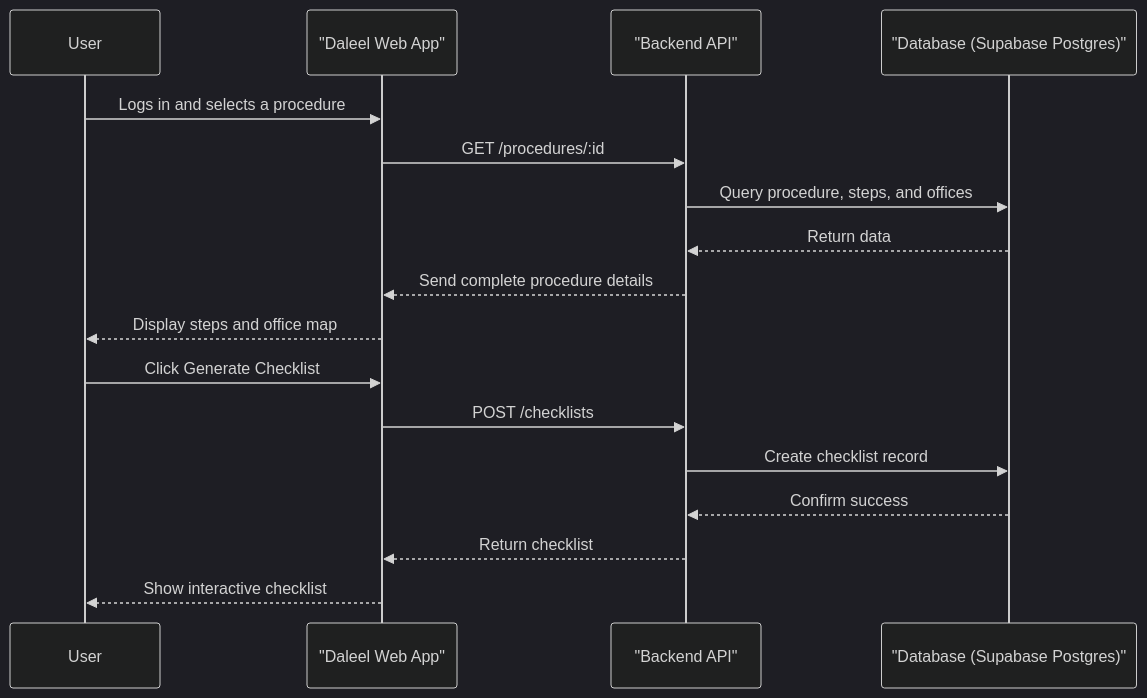
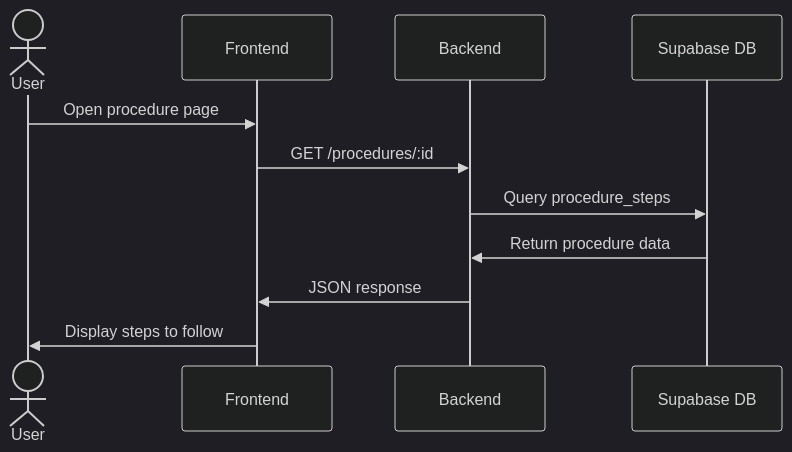
One commit to itsali10/daleel changed the fourth of 5 diagrams in README.md. Above: the diagram before and after it, drawn with Mermaid (dark theme).

Commit message:
Added Sequence Diagram — Viewing a Government Procedure

````diff
--- a/README.md
+++ b/README.md
@@ -303,20 +303,15 @@
 ```mermaid
 sequenceDiagram
-    participant User
-    participant WebApp as "Daleel Web App"
-    participant Backend as "Backend API"
-    participant Supabase as "Database (Supabase Postgres)"
+    actor User
+    participant FE as Frontend
+    participant BE as Backend
+    participant DB as Supabase DB
 
-    User->>WebApp: Logs in and selects a procedure
-    WebApp->>Backend: GET /procedures/:id
-    Backend->>Supabase: Query procedure, steps, and offices
-    Supabase-->>Backend: Return data
-    Backend-->>WebApp: Send complete procedure details
-    WebApp-->>User: Display steps and office map
-    User->>WebApp: Click Generate Checklist
-    WebApp->>Backend: POST /checklists
-    Backend->>Supabase: Create checklist record
-    Supabase-->>Backend: Confirm success
-    Backend-->>WebApp: Return checklist
-    WebApp-->>User: Show interactive checklist
+    User ->> FE: Open procedure page
+    FE ->> BE: GET /procedures/:id
+    BE ->> DB: Query procedure_steps
+    DB ->> BE: Return procedure data
+    BE ->> FE: JSON response
+    FE ->> User: Display steps to follow
+
 ```
````
